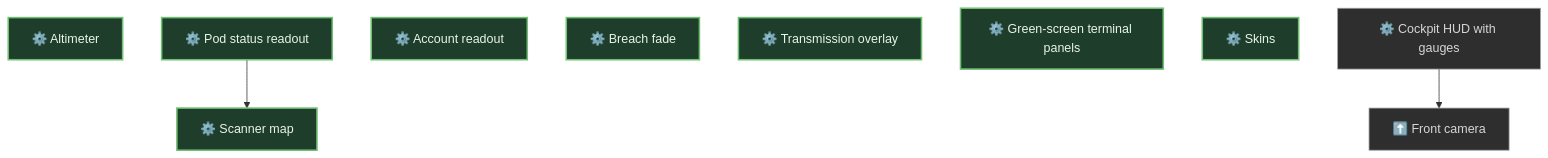
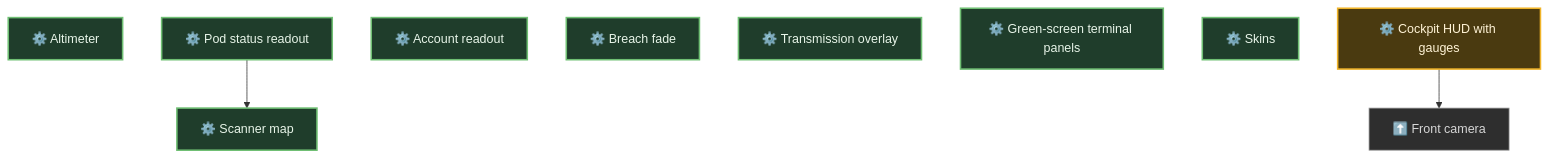
One commit to pkeppeler/deepcharter changed diagram 14 of 30 in docs/FEATURE-MAP.md. Above: the diagram before and after it, drawn with Mermaid. The commit also changed other lines of this file and 2 other files, not shown here.

First line of the commit message:
Feature map: five pieces of work in flight are in progress

````diff
--- a/docs/FEATURE-MAP.md
+++ b/docs/FEATURE-MAP.md
@@ -736,22 +734,23 @@
 ```mermaid
 flowchart TB
   n_altimeter["⚙️ Altimeter"]
   n_pod_status_hud["⚙️ Pod status readout"]
   n_account_hud["⚙️ Account readout"]
   n_scanner_hud["⚙️ Scanner map"]
   n_breach_fade["⚙️ Breach fade"]
   n_transmission_overlay["⚙️ Transmission overlay"]
   n_crt_terminals["⚙️ Green-screen terminal panels"]
   n_skins["⚙️ Skins"]
   n_ribbon_hud["⚙️ Cockpit HUD with gauges"]
   n_front_camera["⬆️ Front camera"]
   n_pod_status_hud --> n_scanner_hud
   n_ribbon_hud --> n_front_camera
   classDef built fill:#1f3d2b,stroke:#6fbf73,stroke-width:2px,color:#e8f5e9
   classDef progress fill:#4a3a10,stroke:#f0b429,stroke-width:2px,color:#fff3d6
   classDef planned fill:#2e2e2e,stroke:#9e9e9e,stroke-width:1px,color:#d6d6d6
   classDef idea fill:#1a1a1a,stroke:#757575,stroke-width:1px,stroke-dasharray:4 3,color:#a0a0a0
   classDef ext fill:#ffffff,stroke:#999999,stroke-width:1px,stroke-dasharray:2 2,color:#555555
   class n_altimeter,n_pod_status_hud,n_account_hud,n_scanner_hud,n_breach_fade,n_transmission_overlay,n_crt_terminals,n_skins built
-  class n_ribbon_hud,n_front_camera planned
+  class n_ribbon_hud progress
+  class n_front_camera planned
 ```
````
